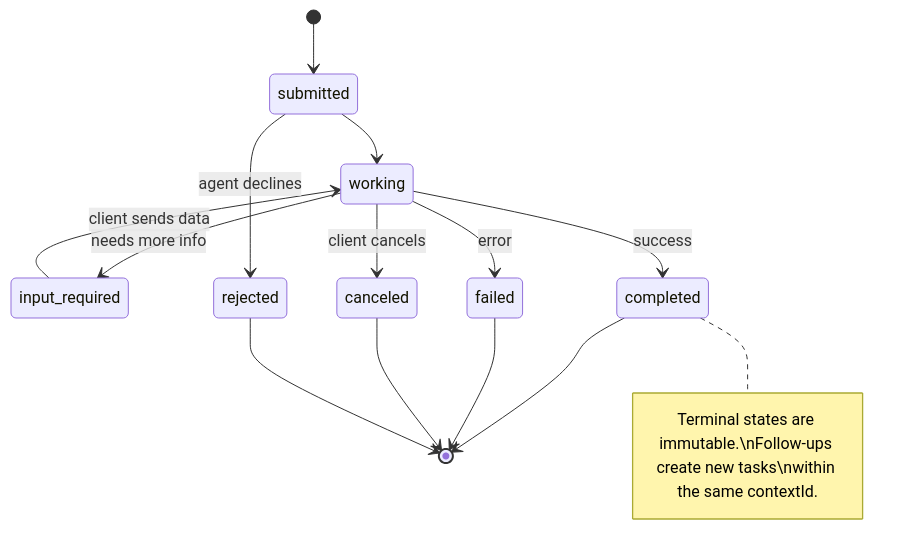
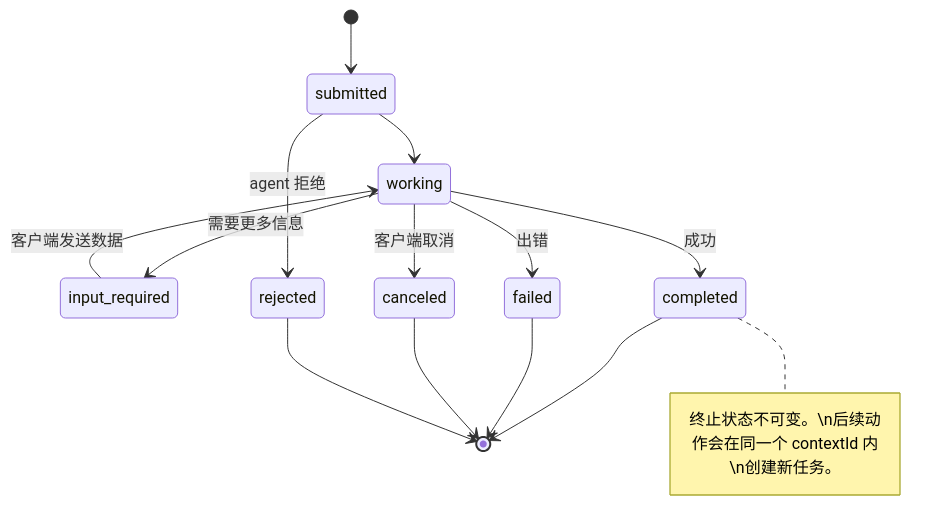
The fourth of 13 diagrams in phases/16-multi-agent-and-swarms/03-communication-protocols/docs/zh.md (JerryC8080/ai-engineering-from-scratch-zh), drawn with Mermaid before and after one commit. The commit also changed other lines of this file and 156 other files, not shown here.

First line of the commit message:
i18n(zh): translate mermaid diagram labels in 157 lesson zh.md

````diff
--- a/phases/16-multi-agent-and-swarms/03-communication-protocols/docs/zh.md
+++ b/phases/16-multi-agent-and-swarms/03-communication-protocols/docs/zh.md
@@ -180,18 +180,18 @@
 ```mermaid
 stateDiagram-v2
     [*] --> submitted
     submitted --> working
-    working --> input_required: needs more info
-    input_required --> working: client sends data
-    working --> completed: success
-    working --> failed: error
-    working --> canceled: client cancels
-    submitted --> rejected: agent declines
+    working --> input_required: 需要更多信息
+    input_required --> working: 客户端发送数据
+    working --> completed: 成功
+    working --> failed: 出错
+    working --> canceled: 客户端取消
+    submitted --> rejected: agent 拒绝
 
     completed --> [*]
     failed --> [*]
     canceled --> [*]
     rejected --> [*]
 
-    note right of completed: Terminal states are immutable.\nFollow-ups create new tasks\nwithin the same contextId.
+    note right of completed: 终止状态不可变。\n后续动作会在同一个 contextId 内\n创建新任务。
 ```
````
